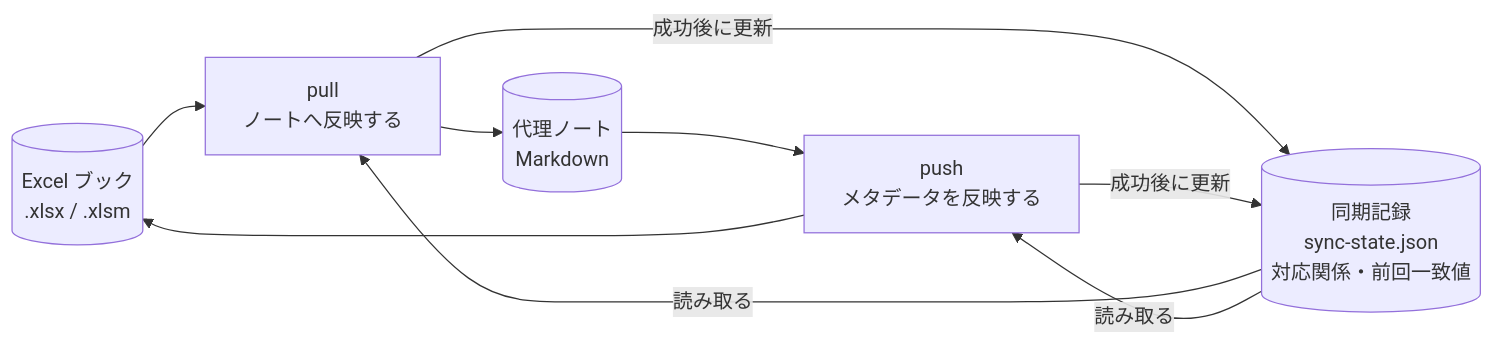
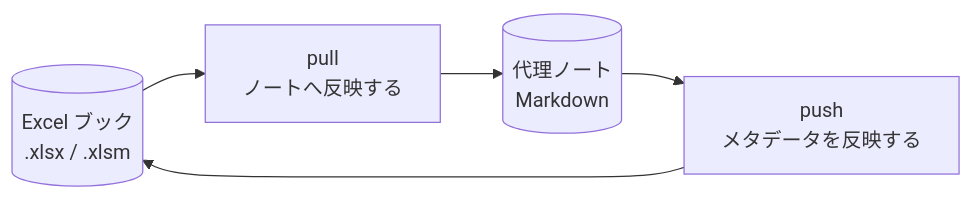
One commit to tuckn/tkn_excel_catalog_pipeline changed the diagram in README.md. Above: the diagram before and after it, drawn with Mermaid. The commit also changed other lines of this file and 28 other files, not shown here.

````diff
--- a/README.md
+++ b/README.md
@@ -19,17 +19,12 @@
 ```mermaid
 flowchart LR
     Book[("Excel ブック<br/>.xlsx / .xlsm")]
     Pull["pull<br/>ノートへ反映する"]
     Note[("代理ノート<br/>Markdown")]
     Push["push<br/>メタデータを反映する"]
-    State[("同期記録<br/>sync-state.json<br/>対応関係・前回一致値")]
 
     Book --> Pull
     Pull --> Note
     Note --> Push
     Push --> Book
-    State -->|読み取る| Pull
-    State -->|読み取る| Push
-    Pull -->|成功後に更新| State
-    Push -->|成功後に更新| State
 ```
````
